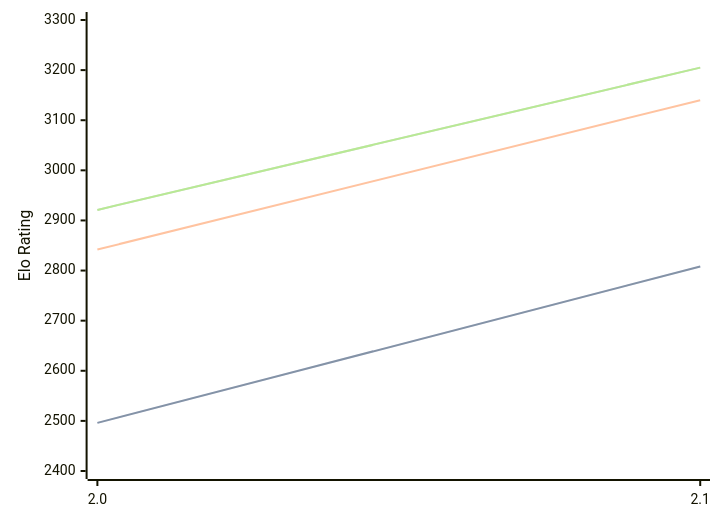
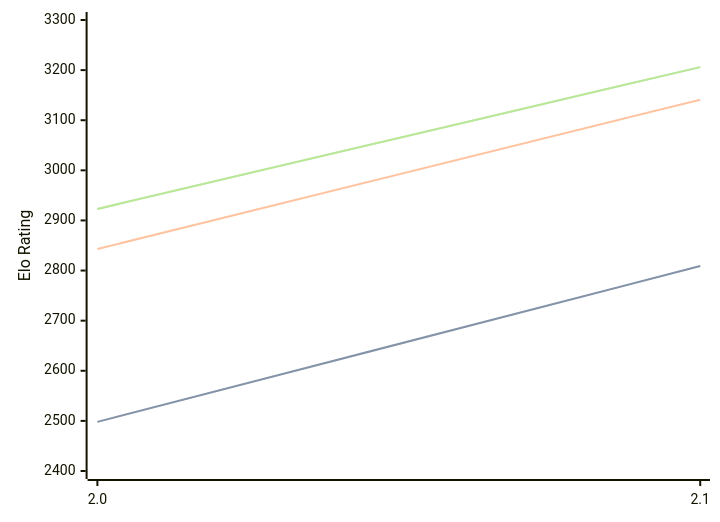
The diagram in engines/Tunguska.md (computer-chess-index/cci), drawn with Mermaid before and after one commit. The commit also changed other lines of this file, not shown here.

Commit message:
Update CCI Ratings (ELO VLTC) - 2026-08-21

````diff
--- a/engines/Tunguska.md
+++ b/engines/Tunguska.md
@@ -32,11 +32,11 @@
 ```mermaid
 %%{init: {"theme":"base","themeVariables":{"seriesColors:['#a3a3a3','#222221','#faa371']}}}%%
 xychart-beta
   x-axis ["2.0", "2.1"]
   y-axis "Elo Rating" 2400 --> 3300
-  line "STC (8.0+0.08s)" [2496, 2808]
-  line "STC (8.0+0.08s)" [2496, 2808]
-  line "LTC (60.0+0.60s)" [2842, 3140]
-  line "VLTC (2m24s+1.12s)" [2921, 3205]
-  line "VLTC (2m24s+1.12s)" [2921, 3205]
+  line "STC (8.0+0.08s)" [2498, 2809]
+  line "STC (8.0+0.08s)" [2498, 2809]
+  line "LTC (60.0+0.60s)" [2843, 3141]
+  line "VLTC (2m24s+1.12s)" [2923, 3206]
+  line "VLTC (2m24s+1.12s)" [2923, 3206]
 ```
````
